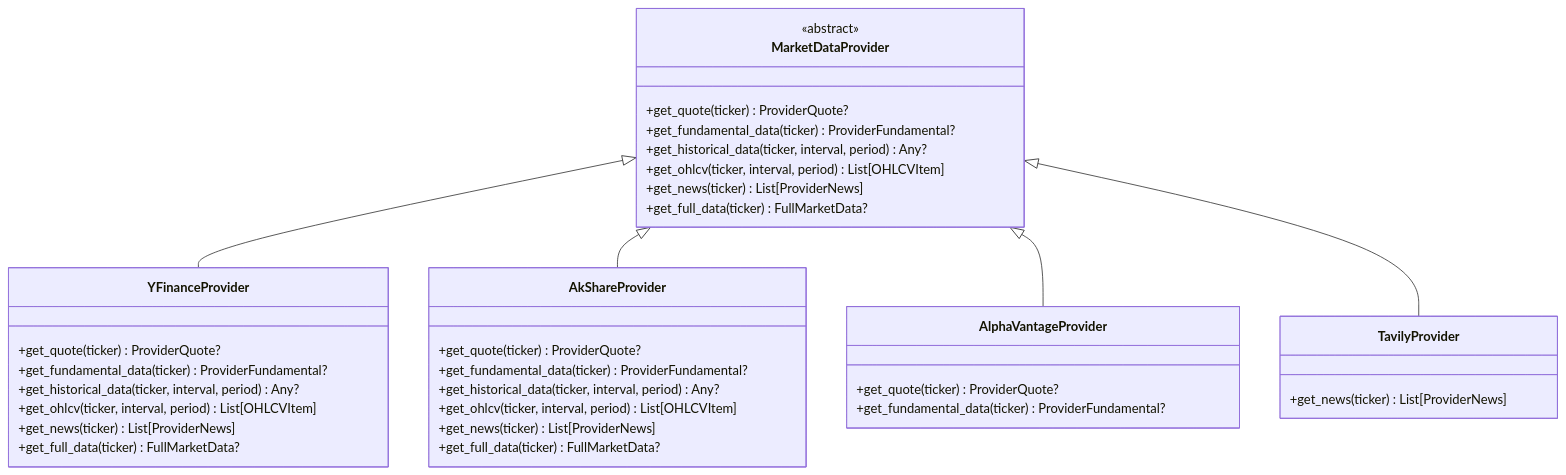
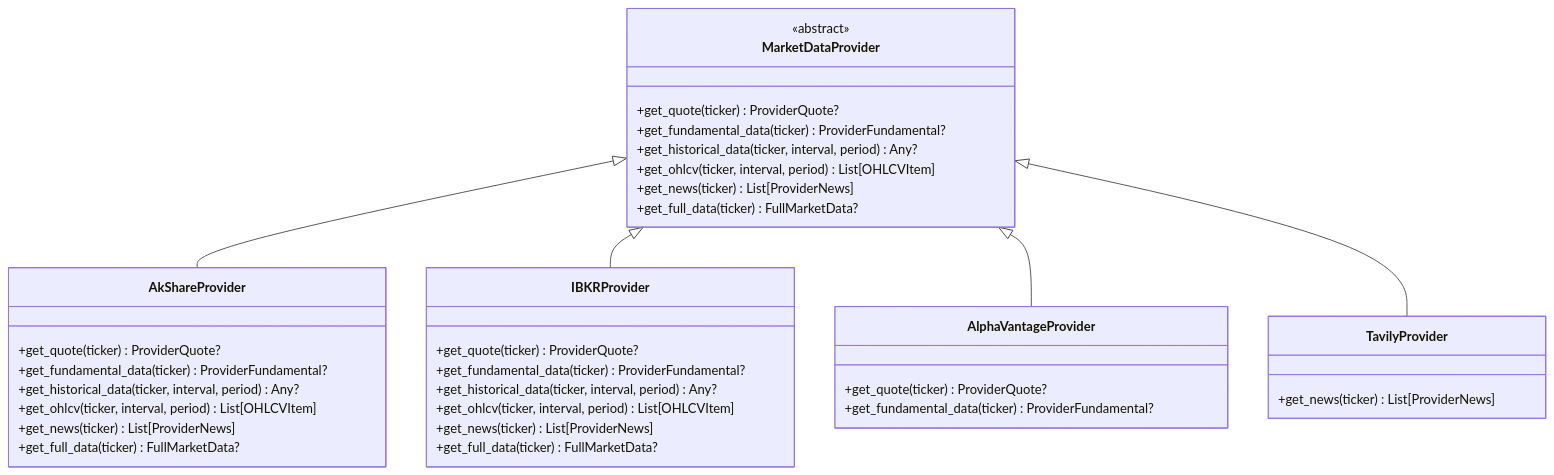
The second of 14 diagrams in .qoder/repowiki/zh/content/后端开发指南/业务服务实现/市场数据提供商架构.md (breeze-lyf/ai-stock-advisor), drawn with Mermaid before and after one commit. The commit also changed other lines of this file and 43 other files, not shown here.

````diff
--- a/.qoder/repowiki/zh/content/后端开发指南/业务服务实现/市场数据提供商架构.md
+++ b/.qoder/repowiki/zh/content/后端开发指南/业务服务实现/市场数据提供商架构.md
@@ -138,39 +148,39 @@
 ```mermaid
 classDiagram
 class MarketDataProvider {
 <<abstract>>
-+get_quote(ticker) ProviderQuote?
-+get_fundamental_data(ticker) ProviderFundamental?
-+get_historical_data(ticker, interval, period) Any?
-+get_ohlcv(ticker, interval, period) List[OHLCVItem]
-+get_news(ticker) List[ProviderNews]
-+get_full_data(ticker) FullMarketData?
-}
-class YFinanceProvider {
 +get_quote(ticker) ProviderQuote?
 +get_fundamental_data(ticker) ProviderFundamental?
 +get_historical_data(ticker, interval, period) Any?
 +get_ohlcv(ticker, interval, period) List[OHLCVItem]
 +get_news(ticker) List[ProviderNews]
 +get_full_data(ticker) FullMarketData?
 }
 class AkShareProvider {
 +get_quote(ticker) ProviderQuote?
 +get_fundamental_data(ticker) ProviderFundamental?
 +get_historical_data(ticker, interval, period) Any?
 +get_ohlcv(ticker, interval, period) List[OHLCVItem]
 +get_news(ticker) List[ProviderNews]
 +get_full_data(ticker) FullMarketData?
 }
+class IBKRProvider {
++get_quote(ticker) ProviderQuote?
++get_fundamental_data(ticker) ProviderFundamental?
++get_historical_data(ticker, interval, period) Any?
++get_ohlcv(ticker, interval, period) List[OHLCVItem]
++get_news(ticker) List[ProviderNews]
++get_full_data(ticker) FullMarketData?
+}
 class AlphaVantageProvider {
 +get_quote(ticker) ProviderQuote?
 +get_fundamental_data(ticker) ProviderFundamental?
 }
 class TavilyProvider {
 +get_news(ticker) List[ProviderNews]
 }
-MarketDataProvider <|-- YFinanceProvider
 MarketDataProvider <|-- AkShareProvider
+MarketDataProvider <|-- IBKRProvider
 MarketDataProvider <|-- AlphaVantageProvider
 MarketDataProvider <|-- TavilyProvider
 ```
````
